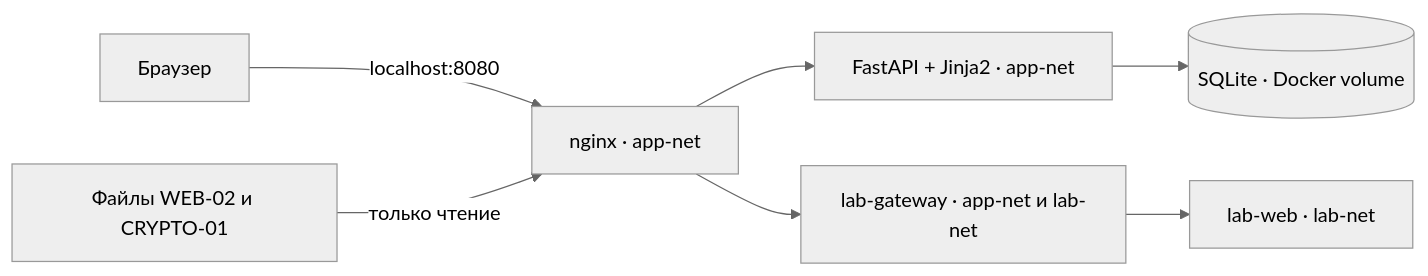
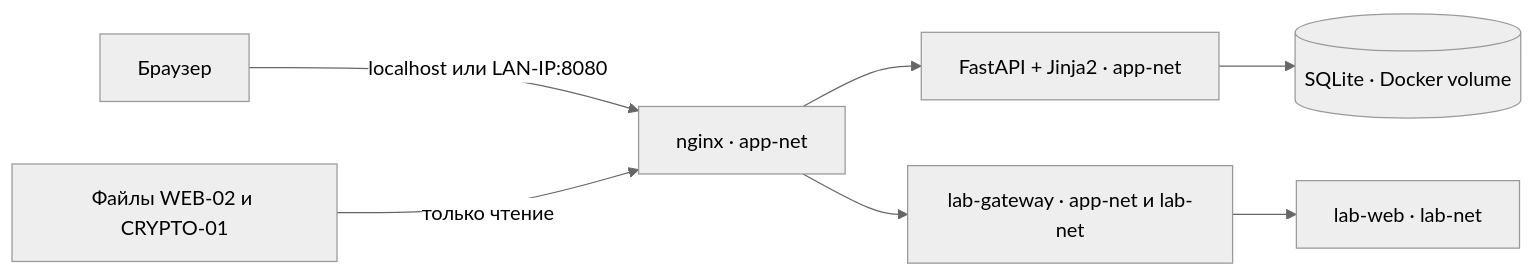
Before and after one commit to rlyfreak/CYBERARENA: the diagram in docs/school21-acceptance.md, drawn with Mermaid (neutral theme). The commit also changed other lines of this file and 4 other files, not shown here.

First line of the commit message:
infra: opt-in LAN access via NGINX_BIND (default stays 127.0.0.1) (#23)

````diff
--- a/docs/school21-acceptance.md
+++ b/docs/school21-acceptance.md
@@ -17,9 +17,9 @@
 ```mermaid
 flowchart LR
-    Browser[Браузер] -->|localhost:8080| Nginx[nginx · app-net]
+    Browser[Браузер] -->|localhost или LAN-IP:8080| Nginx[nginx · app-net]
     Nginx --> App[FastAPI + Jinja2 · app-net]
     App --> DB[(SQLite · Docker volume)]
     Nginx --> Gateway[lab-gateway · app-net и lab-net]
     Gateway --> Lab[lab-web · lab-net]
     Files[Файлы WEB-02 и CRYPTO-01] -->|только чтение| Nginx
 ```
````
